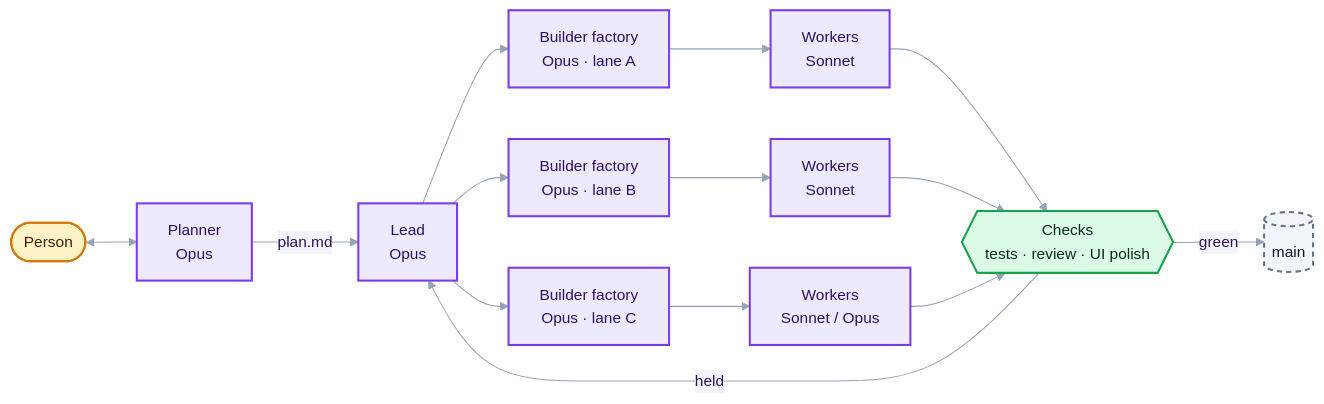
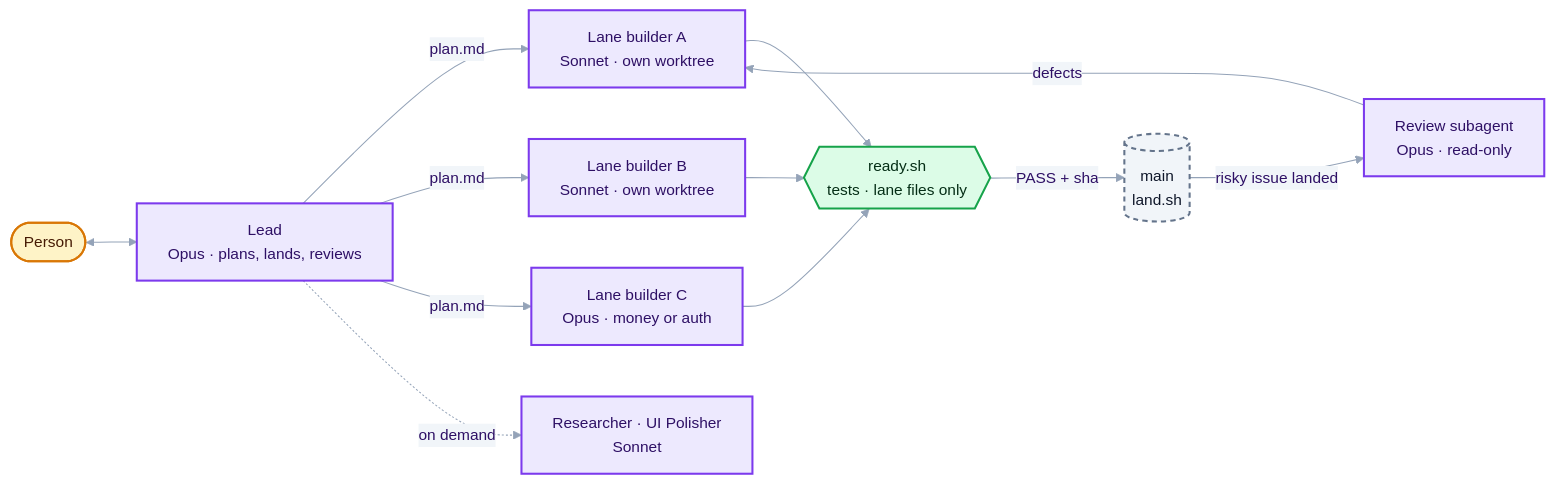
The diagram in README.md (esharif20/herdr-software-factory), drawn with Mermaid before and after one commit. The commit also changed other lines of this file and 74 other files, not shown here.

````diff
--- a/README.md
+++ b/README.md
@@ -7,23 +7,21 @@
 ```mermaid
-%%{init: {'theme':'base','themeVariables':{'fontFamily':'-apple-system, Segoe UI, Helvetica, sans-serif','fontSize':'15px','lineColor':'#94A3B8','primaryColor':'#EDE9FE','primaryBorderColor':'#7C3AED','primaryTextColor':'#2E1065','secondaryColor':'#F1F5F9','tertiaryColor':'#DCFCE7','clusterBkg':'#FAFAFA','clusterBorder':'#CBD5E1','noteBkgColor':'#FEF3C7','noteBorderColor':'#D97706','actorBkg':'#EDE9FE','actorBorder':'#7C3AED','git0':'#7C3AED','git1':'#0EA5E9','git2':'#16A34A','git3':'#D97706'}}}%%
+%%{init: {'theme':'base','themeVariables':{'fontFamily':'-apple-system, Segoe UI, Helvetica, sans-serif','fontSize':'15px','lineColor':'#94A3B8','primaryColor':'#EDE9FE','primaryBorderColor':'#7C3AED','primaryTextColor':'#2E1065','secondaryColor':'#F1F5F9','tertiaryColor':'#DCFCE7','clusterBkg':'#FAFAFA','clusterBorder':'#CBD5E1','noteBkgColor':'#FEF3C7','noteBorderColor':'#D97706','actorBkg':'#EDE9FE','actorBorder':'#7C3AED'}}}%%
 flowchart LR
-    P([Person]) <--> PL[Planner<br/>Opus]
-    PL -- plan.md --> L[Lead<br/>Opus]
-    L --> F1[Builder factory<br/>Opus · lane A]
-    L --> F2[Builder factory<br/>Opus · lane B]
-    L --> F3[Builder factory<br/>Opus · lane C]
-    F1 --> W1[Workers<br/>Sonnet]
-    F2 --> W2[Workers<br/>Sonnet]
-    F3 --> W3[Workers<br/>Sonnet / Opus]
-    W1 & W2 & W3 --> Q{{Checks<br/>tests · review · UI polish}}
-    Q -- held --> L
-    Q -- green --> M[(main)]
+    P([Person]) <--> L[Lead<br/>Opus · plans, lands, reviews]
+    L -- plan.md --> A[Lane builder A<br/>Sonnet · own worktree]
+    L -- plan.md --> B[Lane builder B<br/>Sonnet · own worktree]
+    L -- plan.md --> C[Lane builder C<br/>Opus · money or auth]
+    A & B & C --> R{{ready.sh<br/>tests · lane files only}}
+    R -- PASS + sha --> M[(main<br/>land.sh)]
+    M -- risky issue landed --> V[Review subagent<br/>Opus · read-only]
+    V -- defects --> A
+    L -. on demand .-> X[Researcher · UI Polisher<br/>Sonnet]
     class P person
-    class PL,L,F1,F2,F3,W1,W2,W3 ai
-    class Q check
+    class L,A,B,C,V,X ai
+    class R check
     class M code
     classDef ai fill:#EDE9FE,stroke:#7C3AED,color:#2E1065,stroke-width:2px
     classDef code fill:#F1F5F9,stroke:#64748B,color:#0F172A,stroke-width:2px,stroke-dasharray:5 4
     classDef check fill:#DCFCE7,stroke:#16A34A,color:#052E16,stroke-width:2px
     classDef person fill:#FEF3C7,stroke:#D97706,color:#451A03,stroke-width:2px
 ```
````
